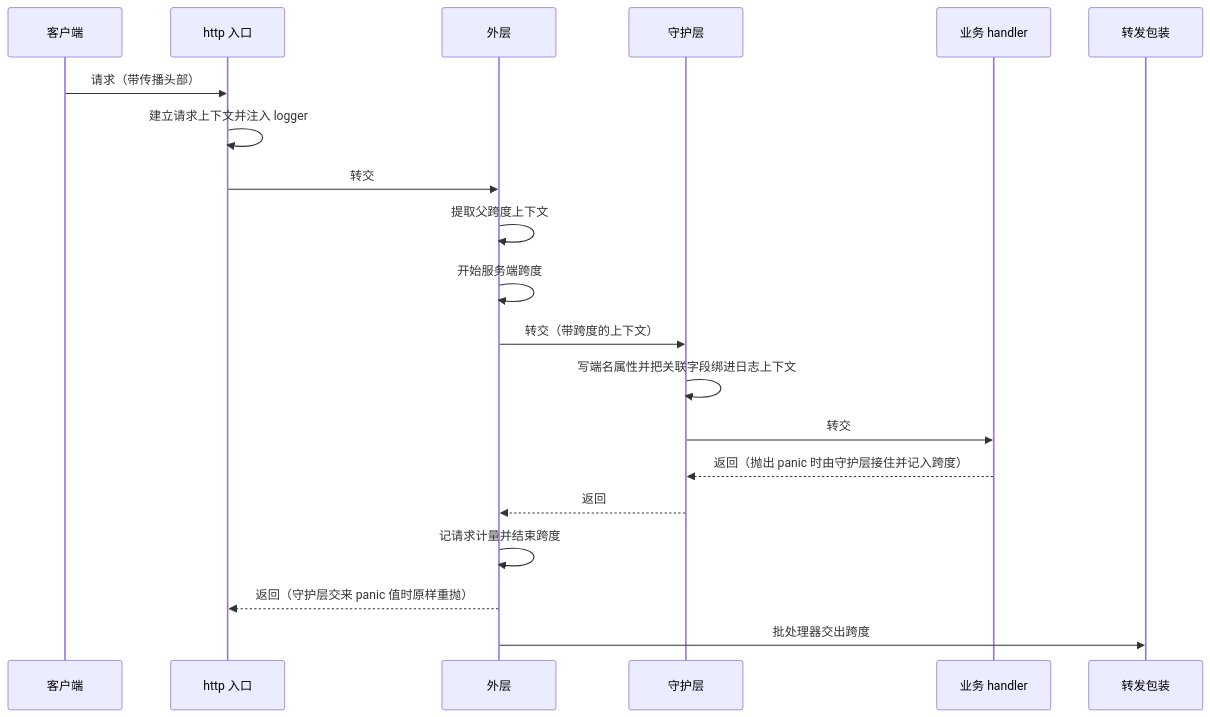
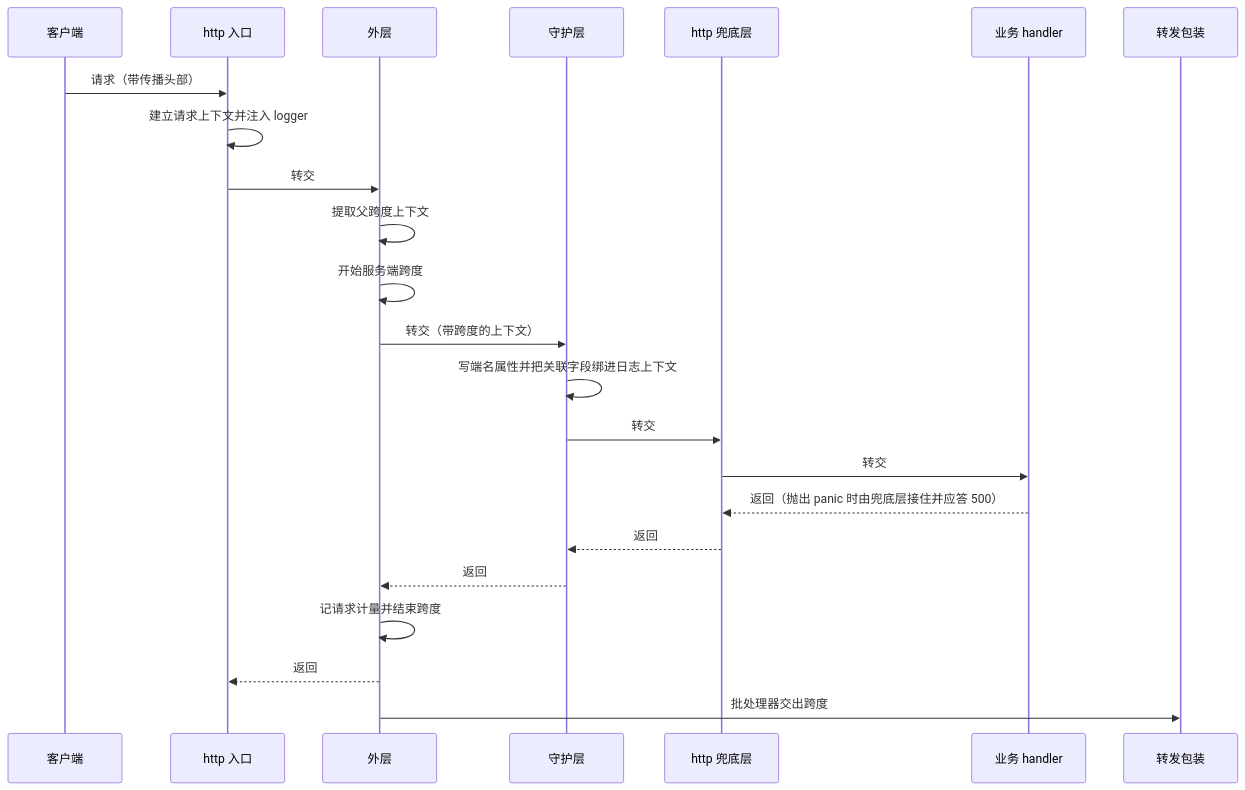
The second of 2 diagrams in docs/design/modules/design-observability.md (wangzw/speed), drawn with Mermaid before and after one commit. The commit also changed other lines of this file and 6 other files, not shown here.

````diff
--- a/docs/design/modules/design-observability.md
+++ b/docs/design/modules/design-observability.md
@@ -178,23 +178,26 @@
 ```mermaid
 sequenceDiagram
     participant 客户端
     participant 入口 as http 入口
     participant 外层
     participant 守护 as 守护层
+    participant 兜底 as http 兜底层
     participant 业务 as 业务 handler
     participant 导出 as 转发包装
 
     客户端->>入口: 请求（带传播头部）
     入口->>入口: 建立请求上下文并注入 logger
     入口->>外层: 转交
     外层->>外层: 提取父跨度上下文
     外层->>外层: 开始服务端跨度
     外层->>守护: 转交（带跨度的上下文）
     守护->>守护: 写端名属性并把关联字段绑进日志上下文
-    守护->>业务: 转交
-    业务-->>守护: 返回（抛出 panic 时由守护层接住并记入跨度）
+    守护->>兜底: 转交
+    兜底->>业务: 转交
+    业务-->>兜底: 返回（抛出 panic 时由兜底层接住并应答 500）
+    兜底-->>守护: 返回
     守护-->>外层: 返回
     外层->>外层: 记请求计量并结束跨度
-    外层-->>入口: 返回（守护层交来 panic 值时原样重抛）
+    外层-->>入口: 返回
     外层->>导出: 批处理器交出跨度
 ```
````
